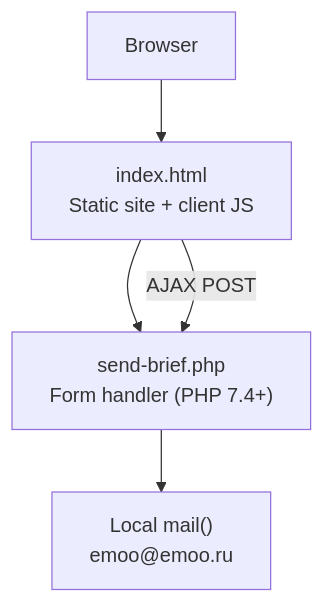
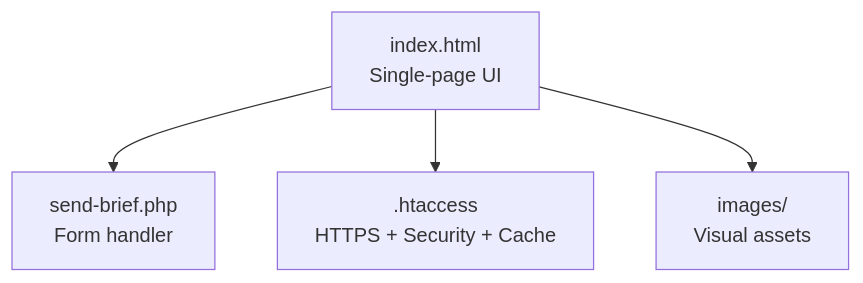
The first of 7 diagrams in .qoder/repowiki/en/content/Project Overview.md (Vostrikov2014/emoo), drawn with Mermaid before and after one commit. The commit also changed other lines of this file and 49 other files, not shown here.

````diff
--- a/.qoder/repowiki/en/content/Project Overview.md
+++ b/.qoder/repowiki/en/content/Project Overview.md
@@ -39,7 +41,6 @@
 ```mermaid
 graph TB
-A["index.html<br/>Static site + client JS"] --> B["send-brief.php<br/>Form handler (PHP 7.4+)"]
-B --> C["Local mail()<br/>emoo@emoo.ru"]
-D["Browser"] --> A
-A --> |AJAX POST| B
+A["index.html<br/>Single-page UI"] --> B["send-brief.php<br/>Form handler"]
+A --> C[".htaccess<br/>HTTPS + Security + Cache"]
+A --> D["images/<br/>Visual assets"]
 ```
````
